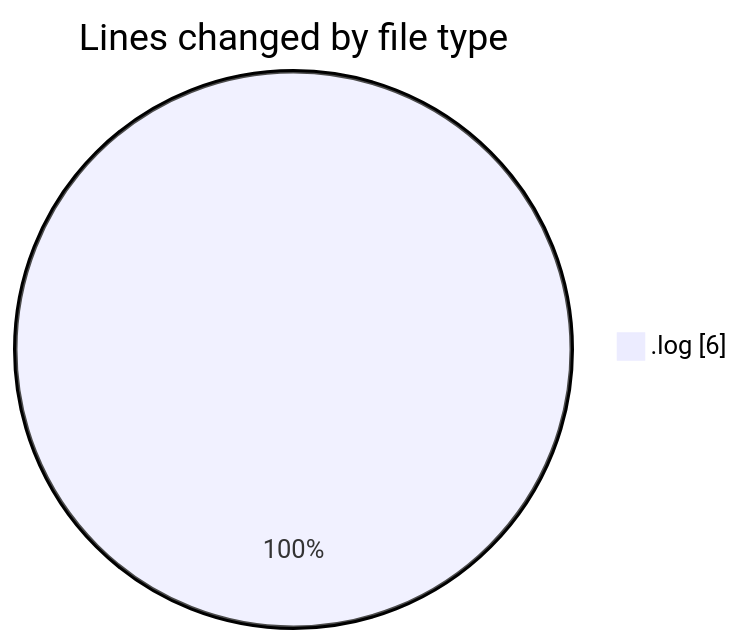
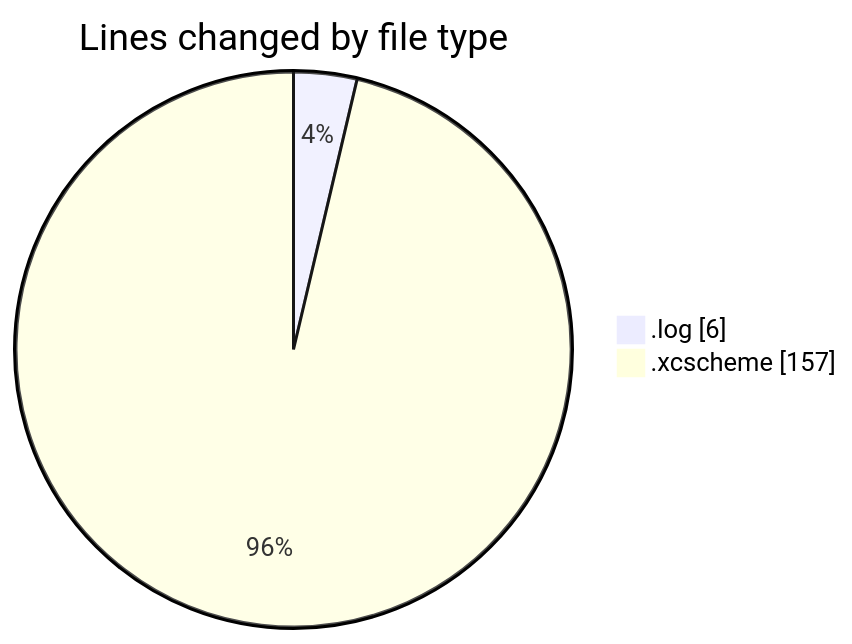
One commit to lephambinh05/code-tracking changed the first of 2 diagrams in 2025-08-09/studybuddy/README.md. Above: the diagram before and after it, drawn with Mermaid. The commit also changed other lines of this file and 1 other file, not shown here.

````diff
--- a/2025-08-09/studybuddy/README.md
+++ b/2025-08-09/studybuddy/README.md
@@ -20,5 +21,6 @@
 ```mermaid
 pie showData
 title Lines changed by file type
 ".log" : 6
+".xcscheme" : 157
 ```
````
